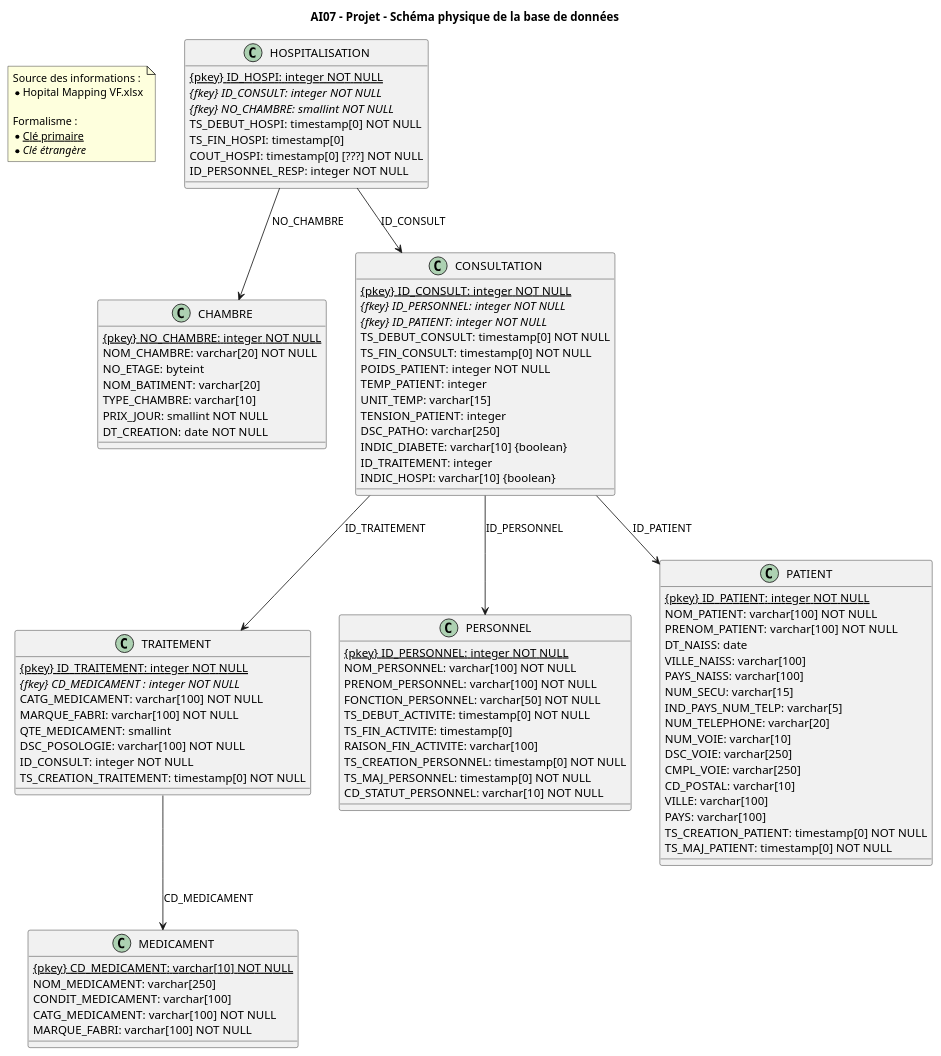
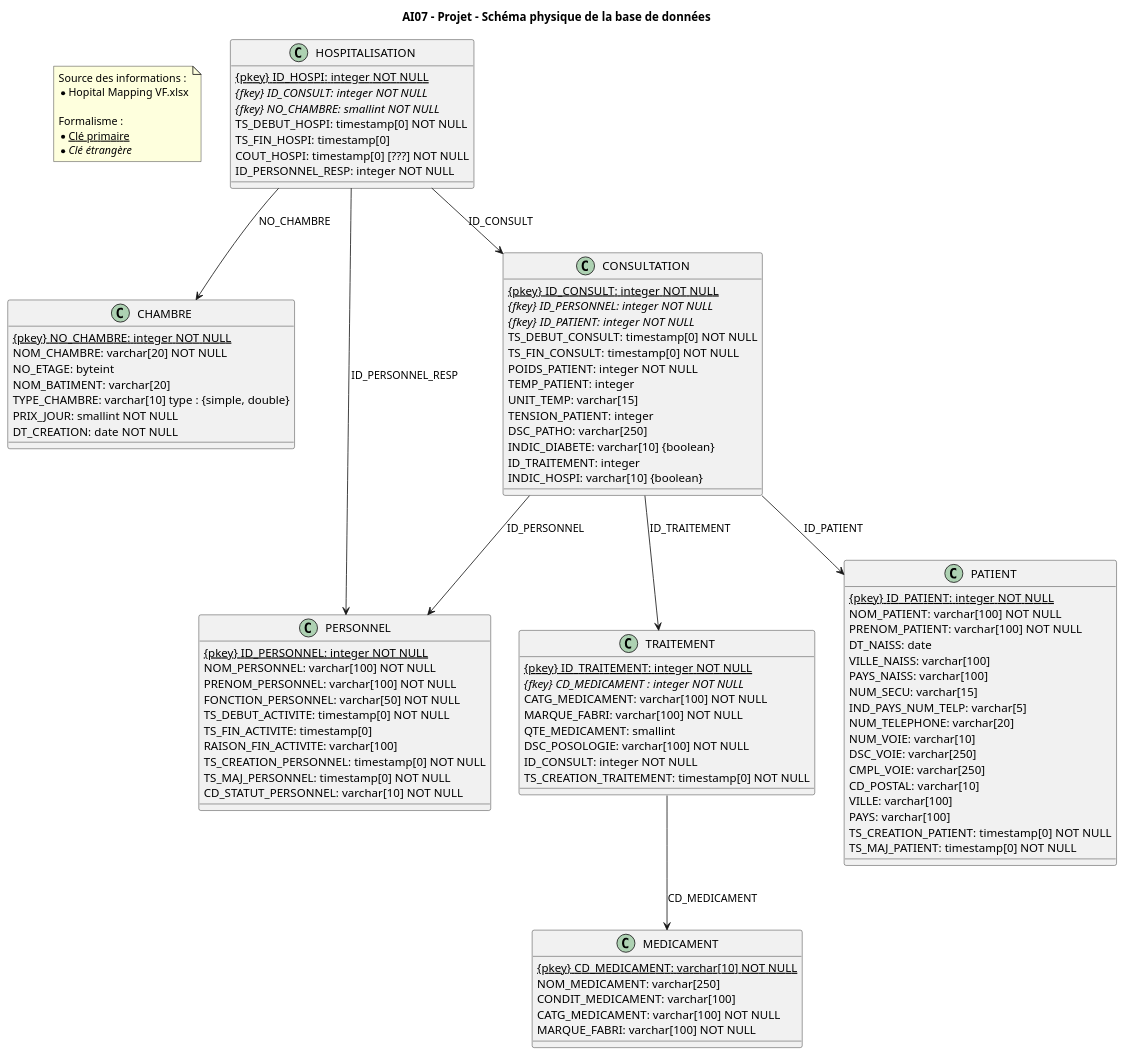
Before and after one commit to vlkduro/datawarehouse-snowflake-project: the diagram in docs/schema_physique.puml, drawn with PlantUML. The commit also changed other lines of this file, not shown here.

Commit message:
fix lien hospitalisation --id_personnel_resp-> personnel, [chambre] type_chambre typé par (simple, double)

```diff
--- a/docs/schema_physique.puml
+++ b/docs/schema_physique.puml
@@ -1,109 +1,111 @@
 @startuml schema_physique
 title AI07 - Projet - Schéma physique de la base de données
 
 note as N_Source
   Source des informations :
   * Hopital Mapping VF.xlsx
   
   Formalisme :
   * <u>Clé primaire</u>
   * <i>Clé étrangère</i>
 end note
 
 class CHAMBRE {
   {static} {pkey} NO_CHAMBRE: integer NOT NULL
   NOM_CHAMBRE: varchar[20] NOT NULL
   NO_ETAGE: byteint
   NOM_BATIMENT: varchar[20]
-  TYPE_CHAMBRE: varchar[10]
+  TYPE_CHAMBRE: varchar[10] type : {simple, double}
   PRIX_JOUR: smallint NOT NULL
   DT_CREATION: date NOT NULL
 }
 
 class TRAITEMENT {
   {static} {pkey} ID_TRAITEMENT: integer NOT NULL
   {abstract} {fkey} CD_MEDICAMENT : integer NOT NULL
   CATG_MEDICAMENT: varchar[100] NOT NULL
   MARQUE_FABRI: varchar[100] NOT NULL
   QTE_MEDICAMENT: smallint
   DSC_POSOLOGIE: varchar[100] NOT NULL
   ID_CONSULT: integer NOT NULL
   TS_CREATION_TRAITEMENT: timestamp[0] NOT NULL
 }
 
 class PERSONNEL {
   {static} {pkey} ID_PERSONNEL: integer NOT NULL
   NOM_PERSONNEL: varchar[100] NOT NULL
   PRENOM_PERSONNEL: varchar[100] NOT NULL
   FONCTION_PERSONNEL: varchar[50] NOT NULL
   TS_DEBUT_ACTIVITE: timestamp[0] NOT NULL
   TS_FIN_ACTIVITE: timestamp[0]
   RAISON_FIN_ACTIVITE: varchar[100]
   TS_CREATION_PERSONNEL: timestamp[0] NOT NULL
   TS_MAJ_PERSONNEL: timestamp[0] NOT NULL
   CD_STATUT_PERSONNEL: varchar[10] NOT NULL
 }
 
 class PATIENT {
   {static} {pkey} ID_PATIENT: integer NOT NULL
   NOM_PATIENT: varchar[100] NOT NULL
   PRENOM_PATIENT: varchar[100] NOT NULL
   DT_NAISS: date
   VILLE_NAISS: varchar[100]
   PAYS_NAISS: varchar[100]
   NUM_SECU: varchar[15]
   IND_PAYS_NUM_TELP: varchar[5]
   NUM_TELEPHONE: varchar[20]
   NUM_VOIE: varchar[10]
   DSC_VOIE: varchar[250]
   CMPL_VOIE: varchar[250]
   CD_POSTAL: varchar[10]
   VILLE: varchar[100]
   PAYS: varchar[100]
   TS_CREATION_PATIENT: timestamp[0] NOT NULL
   TS_MAJ_PATIENT: timestamp[0] NOT NULL
 }
 
 class CONSULTATION {
   {static} {pkey} ID_CONSULT: integer NOT NULL
   {abstract} {fkey} ID_PERSONNEL: integer NOT NULL
   {abstract} {fkey} ID_PATIENT: integer NOT NULL
   TS_DEBUT_CONSULT: timestamp[0] NOT NULL
   TS_FIN_CONSULT: timestamp[0] NOT NULL
   POIDS_PATIENT: integer NOT NULL
   TEMP_PATIENT: integer
   UNIT_TEMP: varchar[15]
   TENSION_PATIENT: integer
   DSC_PATHO: varchar[250]
   INDIC_DIABETE: varchar[10] {boolean}
   ID_TRAITEMENT: integer
   INDIC_HOSPI: varchar[10] {boolean}
 }
 
 class HOSPITALISATION {
   {static} {pkey} ID_HOSPI: integer NOT NULL
   {abstract} {fkey} ID_CONSULT: integer NOT NULL
   {abstract} {fkey} NO_CHAMBRE: smallint NOT NULL
   TS_DEBUT_HOSPI: timestamp[0] NOT NULL
   TS_FIN_HOSPI: timestamp[0]
   COUT_HOSPI: timestamp[0] [???] NOT NULL
   ID_PERSONNEL_RESP: integer NOT NULL
 }
 
 class MEDICAMENT {
   {static} {pkey} CD_MEDICAMENT: varchar[10] NOT NULL
   NOM_MEDICAMENT: varchar[250]
   CONDIT_MEDICAMENT: varchar[100]
   CATG_MEDICAMENT: varchar[100] NOT NULL
   MARQUE_FABRI: varchar[100] NOT NULL
 }
 
 TRAITEMENT --> MEDICAMENT : CD_MEDICAMENT
 
 CONSULTATION --> PERSONNEL : ID_PERSONNEL
 CONSULTATION --> PATIENT : ID_PATIENT
 CONSULTATION --> TRAITEMENT : ID_TRAITEMENT
 
 HOSPITALISATION --> CONSULTATION : ID_CONSULT 
+HOSPITALISATION --> PERSONNEL : ID_PERSONNEL_RESP 
+
 HOSPITALISATION --> CHAMBRE : NO_CHAMBRE
 @enduml
```
